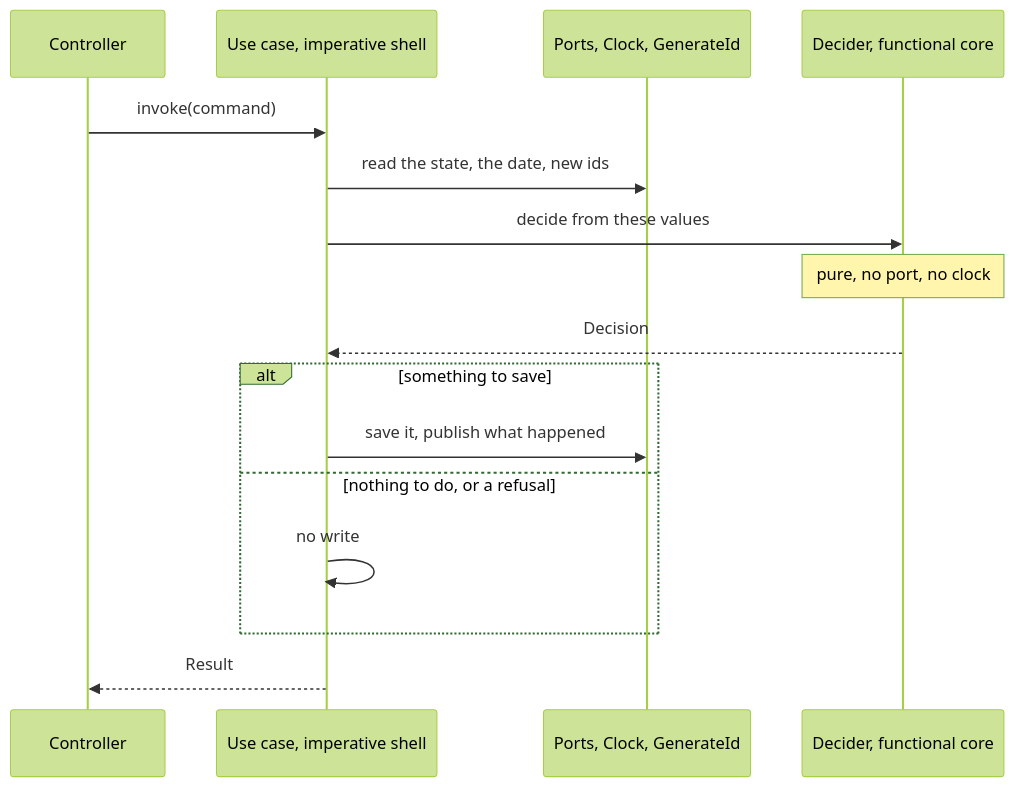
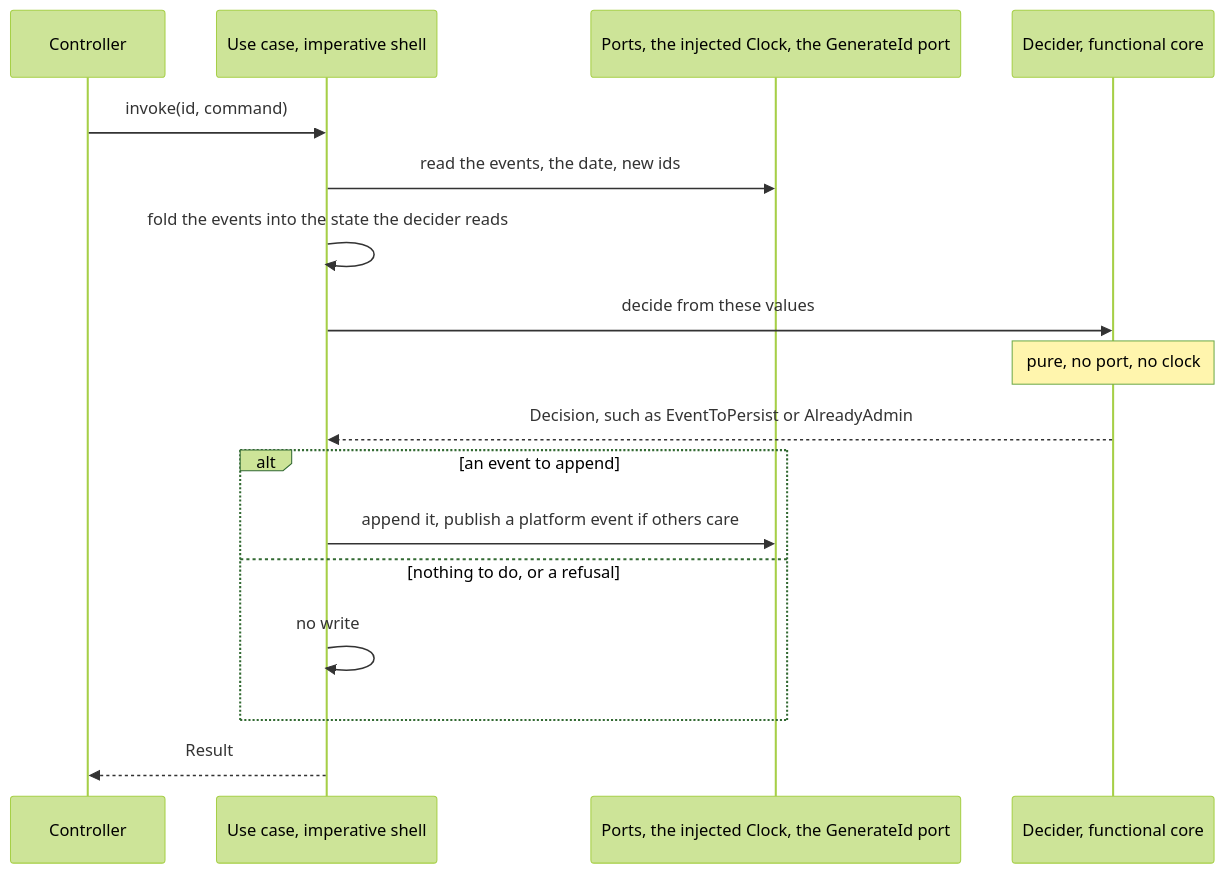
Before and after one commit to mboisnard/drinkit: the third of 3 diagrams in docs/src/engineering/architecture/clean-architecture.md, drawn with Mermaid (forest theme). The commit also changed other lines of this file, not shown here.

First line of the commit message:
[DOCUMENTATION] Define the terms of Clean Architecture where they first appear (#537)

````diff
--- a/docs/src/engineering/architecture/clean-architecture.md
+++ b/docs/src/engineering/architecture/clean-architecture.md
@@ -105,18 +109,19 @@
 ```mermaid
 sequenceDiagram
   participant C as Controller
   participant UC as Use case, imperative shell
-  participant P as Ports, Clock, GenerateId
+  participant P as Ports, the injected Clock, the GenerateId port
   participant D as Decider, functional core
-  C->>UC: invoke(command)
-  UC->>P: read the state, the date, new ids
+  C->>UC: invoke(id, command)
+  UC->>P: read the events, the date, new ids
+  UC->>UC: fold the events into the state the decider reads
   UC->>D: decide from these values
   Note over D: pure, no port, no clock
-  D-->>UC: Decision
-  alt something to save
-    UC->>P: save it, publish what happened
+  D-->>UC: Decision, such as EventToPersist or AlreadyAdmin
+  alt an event to append
+    UC->>P: append it, publish a platform event if others care
   else nothing to do, or a refusal
     UC->>UC: no write
   end
   UC-->>C: Result
 ```
````
